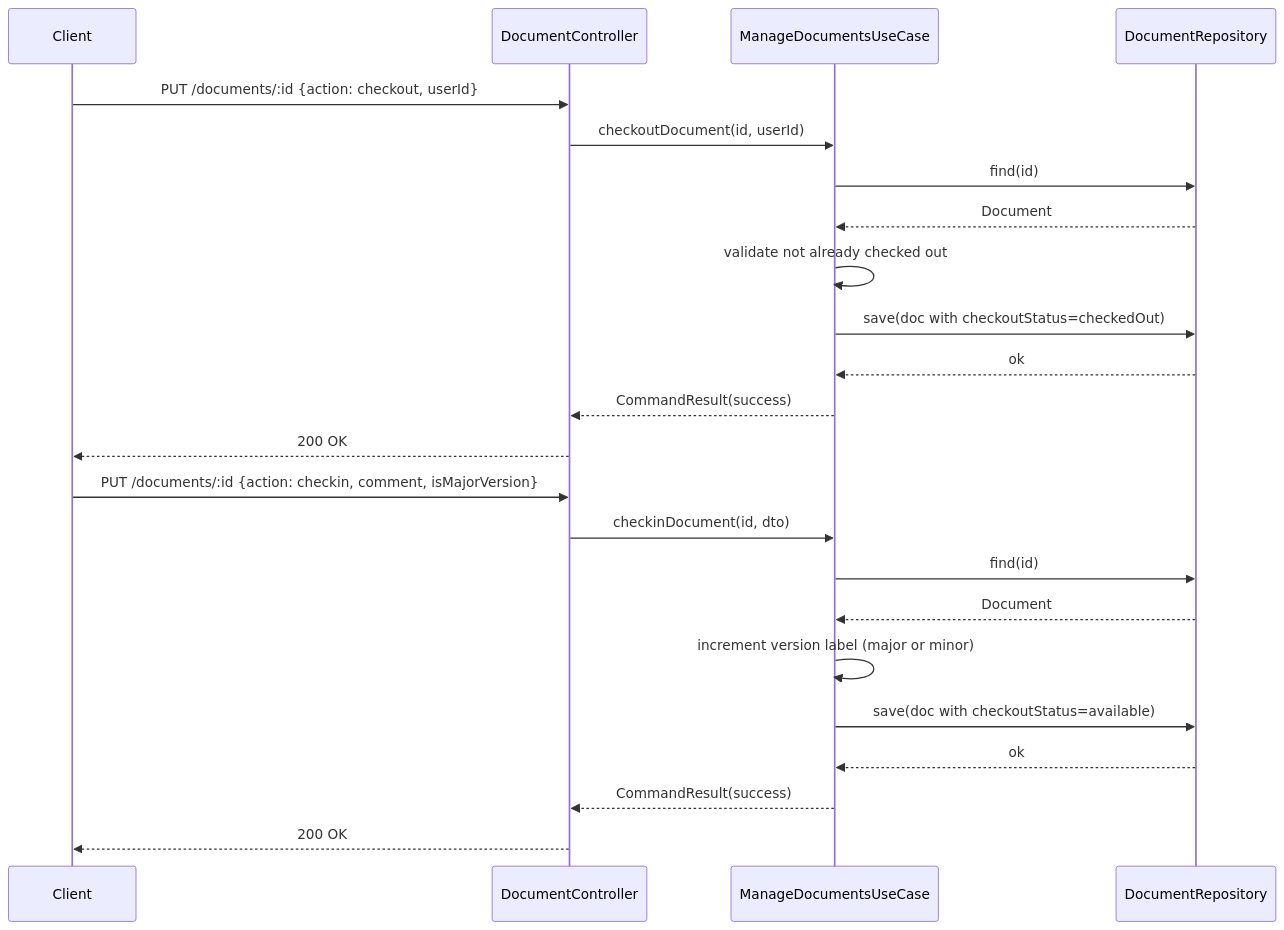
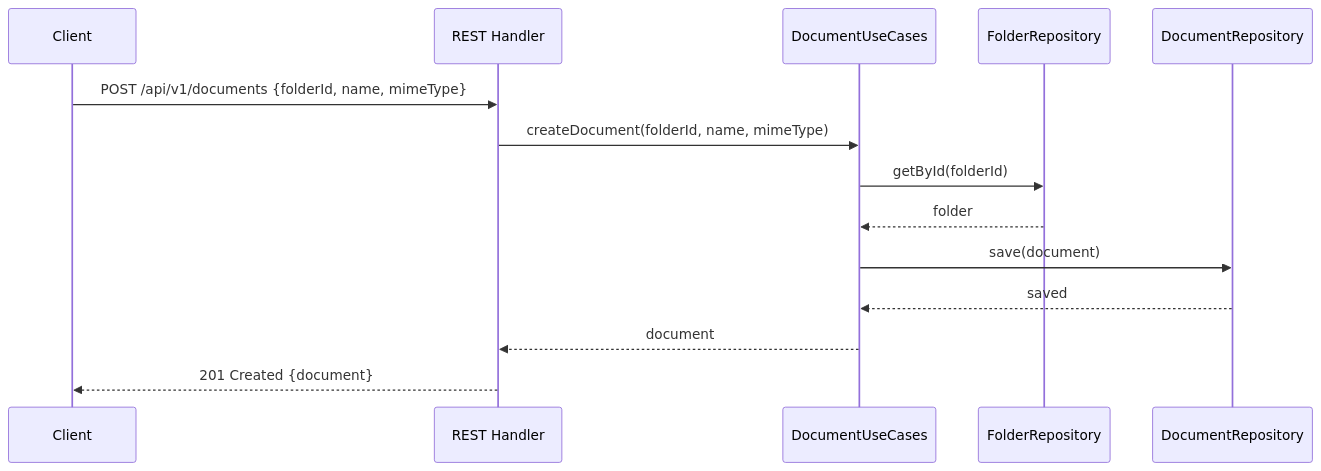
One commit to UIMSolutions/uim-platform changed the third of 3 diagrams in dms-integration/UML.md. Above: the diagram before and after it, drawn with Mermaid. The commit also changed other lines of this file and 128 other files, not shown here.

Commit message:
Refactor UML documentation for Task Center and Transport services; streamline class diagrams, sequence diagrams, and component diagrams for clarity and consistency. Update NAFv4 architecture description to enhance structure and readability. Adjust container module imports for better organization.

````diff
--- a/dms-integration/UML.md
+++ b/dms-integration/UML.md
@@ -317,27 +83,17 @@
 ```mermaid
 sequenceDiagram
-    participant Client
-    participant DocumentController
-    participant ManageDocumentsUseCase
-    participant DocumentRepository
+    participant C as Client
+    participant R as REST Handler
+    participant UC as DocumentUseCases
+    participant FR as FolderRepository
+    participant DR as DocumentRepository
 
-    Client->>DocumentController: PUT /documents/:id  {action: checkout, userId}
-    DocumentController->>ManageDocumentsUseCase: checkoutDocument(id, userId)
-    ManageDocumentsUseCase->>DocumentRepository: find(id)
-    DocumentRepository-->>ManageDocumentsUseCase: Document
-    ManageDocumentsUseCase->>ManageDocumentsUseCase: validate not already checked out
-    ManageDocumentsUseCase->>DocumentRepository: save(doc with checkoutStatus=checkedOut)
-    DocumentRepository-->>ManageDocumentsUseCase: ok
-    ManageDocumentsUseCase-->>DocumentController: CommandResult(success)
-    DocumentController-->>Client: 200 OK
-
-    Client->>DocumentController: PUT /documents/:id  {action: checkin, comment, isMajorVersion}
-    DocumentController->>ManageDocumentsUseCase: checkinDocument(id, dto)
-    ManageDocumentsUseCase->>DocumentRepository: find(id)
-    DocumentRepository-->>ManageDocumentsUseCase: Document
-    ManageDocumentsUseCase->>ManageDocumentsUseCase: increment version label (major or minor)
-    ManageDocumentsUseCase->>DocumentRepository: save(doc with checkoutStatus=available)
-    DocumentRepository-->>ManageDocumentsUseCase: ok
-    ManageDocumentsUseCase-->>DocumentController: CommandResult(success)
-    DocumentController-->>Client: 200 OK
+    C->>R: POST /api/v1/documents {folderId, name, mimeType}
+    R->>UC: createDocument(folderId, name, mimeType)
+    UC->>FR: getById(folderId)
+    FR-->>UC: folder
+    UC->>DR: save(document)
+    DR-->>UC: saved
+    UC-->>R: document
+    R-->>C: 201 Created {document}
 ```
````
